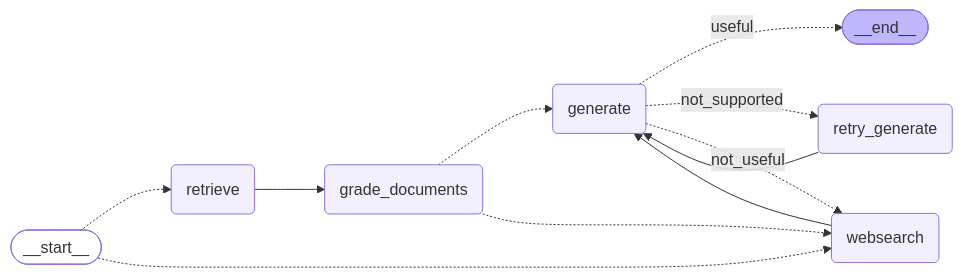
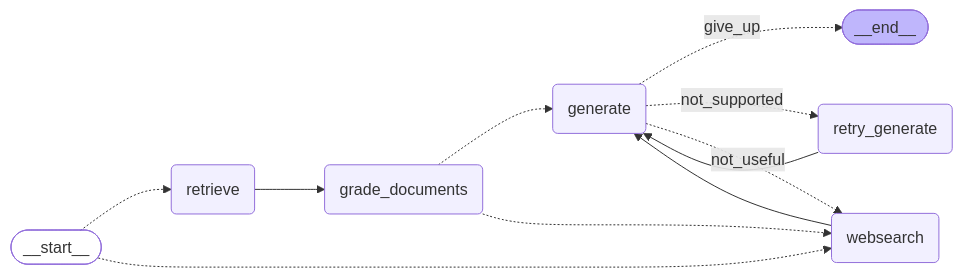
One commit to ErmisCho/agentic-rag changed the diagram in graph_pretty.mmd. Above: the diagram before and after it, drawn with Mermaid. The commit also changed 14 other files, not shown here.

```diff
--- a/graph_pretty.mmd
+++ b/graph_pretty.mmd
@@ -1,28 +1,28 @@
 ---
 config:
   flowchart:
     curve: basis
     nodeSpacing: 60
     rankSpacing: 70
 ---
 graph LR;
 	__start__([__start__]):::first
 	retrieve(retrieve)
 	grade_documents(grade_documents)
 	generate(generate)
 	retry_generate(retry_generate)
 	websearch(websearch)
 	__end__([__end__]):::last
 	__start__ -.-> retrieve;
 	__start__ -.-> websearch;
-	generate -.  useful  .-> __end__;
+	generate -.  give_up  .-> __end__;
 	generate -.  not_supported  .-> retry_generate;
 	generate -.  not_useful  .-> websearch;
 	grade_documents -.-> generate;
 	grade_documents -.-> websearch;
 	retrieve --> grade_documents;
 	retry_generate --> generate;
 	websearch --> generate;
 	classDef default fill:#f2f0ff,line-height:1.2
 	classDef first fill-opacity:0
 	classDef last fill:#bfb6fc
```
